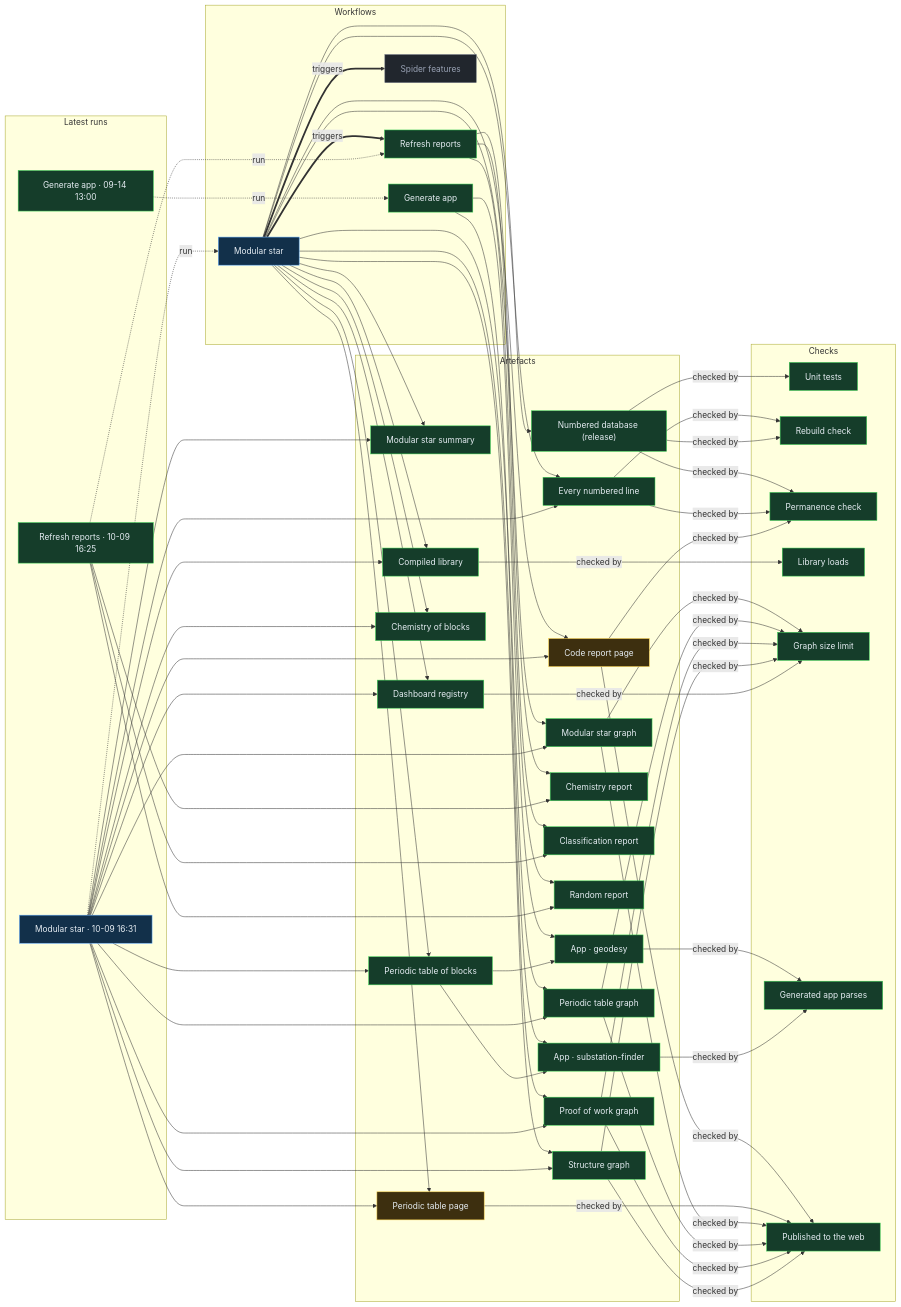
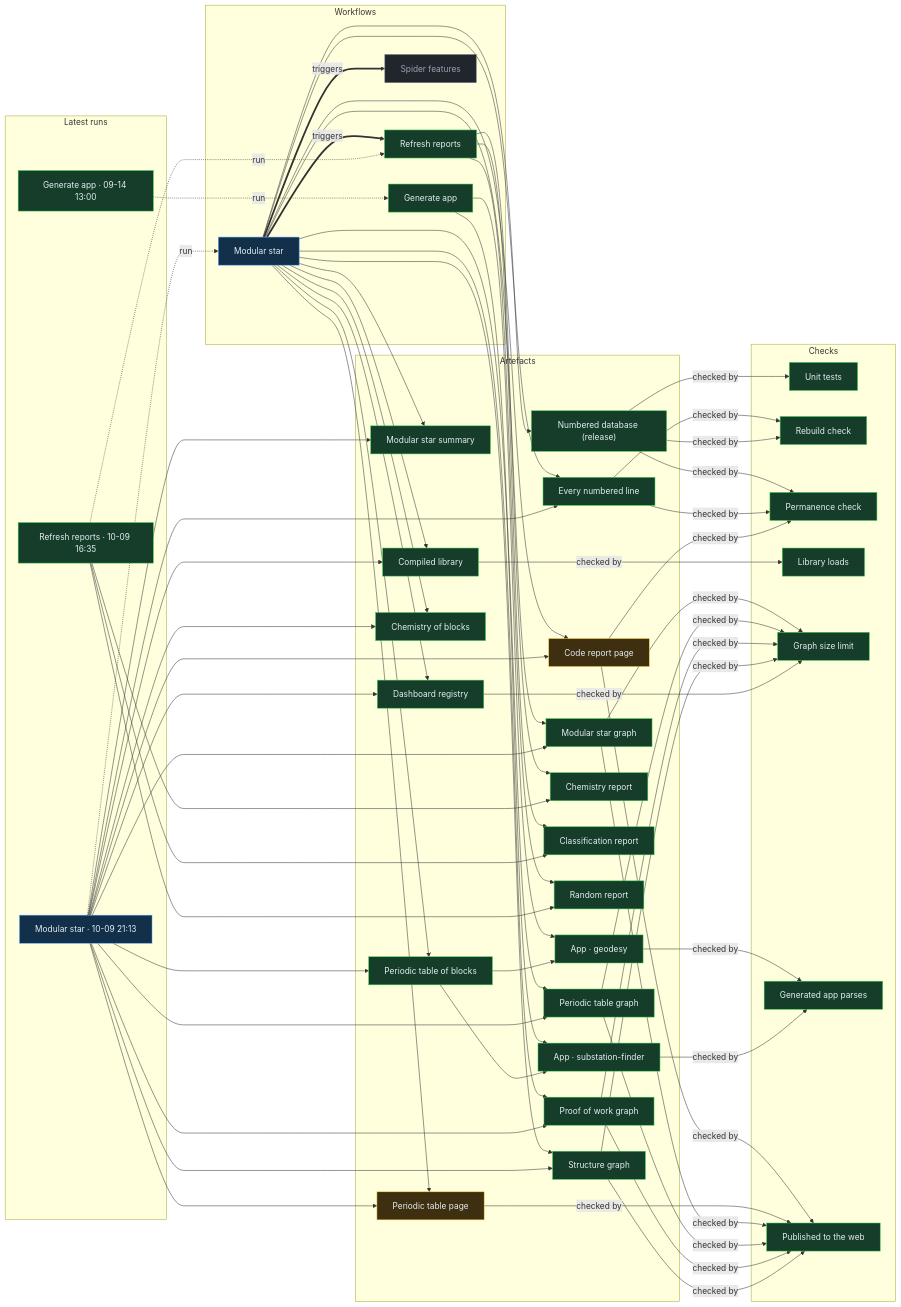
Before and after one commit to Ventusltd/stars: the diagram in proof/PROOF.md, drawn with Mermaid. The commit also changed other lines of this file and 34 other files, not shown here.

Commit message:
Modular star 2026-10-09T21:16Z

```diff
--- a/proof/PROOF.md
+++ b/proof/PROOF.md
@@ -24,8 +24,8 @@
   n_wf_spider_features["Spider features"]:::off
   end
   subgraph g_runs["Latest runs"]
-  n_run_37959751612["Modular star · 10-09 16:31"]:::live
-  n_run_37959064990["Refresh reports · 10-09 16:25"]:::ok
+  n_run_37992075216["Modular star · 10-09 21:13"]:::live
+  n_run_37960174735["Refresh reports · 10-09 16:35"]:::ok
   n_run_34846587798["Generate app · 09-14 13:00"]:::ok
   end
   subgraph g_artefacts["Artefacts"]
@@ -59,39 +59,39 @@
   end
   n_wf_modular_star == triggers ==> n_wf_refresh
   n_wf_modular_star == triggers ==> n_wf_spider_features
-  n_run_37959751612 -. run .-> n_wf_modular_star
-  n_run_37959064990 -. run .-> n_wf_refresh
+  n_run_37992075216 -. run .-> n_wf_modular_star
+  n_run_37960174735 -. run .-> n_wf_refresh
   n_run_34846587798 -. run .-> n_wf_generate
   n_wf_modular_star --> n_art_summary
-  n_run_37959751612 --> n_art_summary
+  n_run_37992075216 --> n_art_summary
   n_wf_modular_star --> n_art_lines
-  n_run_37959751612 --> n_art_lines
+  n_run_37992075216 --> n_art_lines
   n_wf_modular_star --> n_art_code
-  n_run_37959751612 --> n_art_code
+  n_run_37992075216 --> n_art_code
   n_wf_modular_star --> n_art_modular_graph
-  n_run_37959751612 --> n_art_modular_graph
+  n_run_37992075216 --> n_art_modular_graph
   n_wf_modular_star --> n_art_blocks
-  n_run_37959751612 --> n_art_blocks
+  n_run_37992075216 --> n_art_blocks
   n_wf_modular_star --> n_art_table
-  n_run_37959751612 --> n_art_table
+  n_run_37992075216 --> n_art_table
   n_wf_modular_star --> n_art_blocks_graph
-  n_run_37959751612 --> n_art_blocks_graph
+  n_run_37992075216 --> n_art_blocks_graph
   n_wf_modular_star --> n_art_reactions
-  n_run_37959751612 --> n_art_reactions
+  n_run_37992075216 --> n_art_reactions
   n_wf_modular_star --> n_art_library
-  n_run_37959751612 --> n_art_library
+  n_run_37992075216 --> n_art_library
   n_wf_modular_star --> n_art_features
-  n_run_37959751612 --> n_art_features
+  n_run_37992075216 --> n_art_features
   n_wf_modular_star --> n_art_proof
-  n_run_37959751612 --> n_art_proof
+  n_run_37992075216 --> n_art_proof
   n_wf_modular_star --> n_art_structure
-  n_run_37959751612 --> n_art_structure
+  n_run_37992075216 --> n_art_structure
   n_wf_refresh --> n_art_chemistry
-  n_run_37959064990 --> n_art_chemistry
+  n_run_37960174735 --> n_art_chemistry
   n_wf_refresh --> n_art_vedic
-  n_run_37959064990 --> n_art_vedic
+  n_run_37960174735 --> n_art_vedic
   n_wf_refresh --> n_art_random
-  n_run_37959064990 --> n_art_random
+  n_run_37960174735 --> n_art_random
   n_wf_modular_star --> n_art_release
   n_wf_generate --> n_app_geodesy
   n_art_blocks --> n_app_geodesy
```
